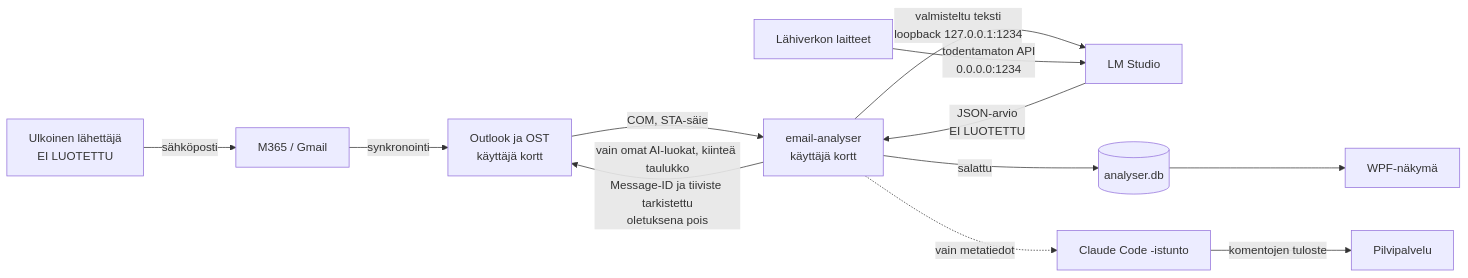
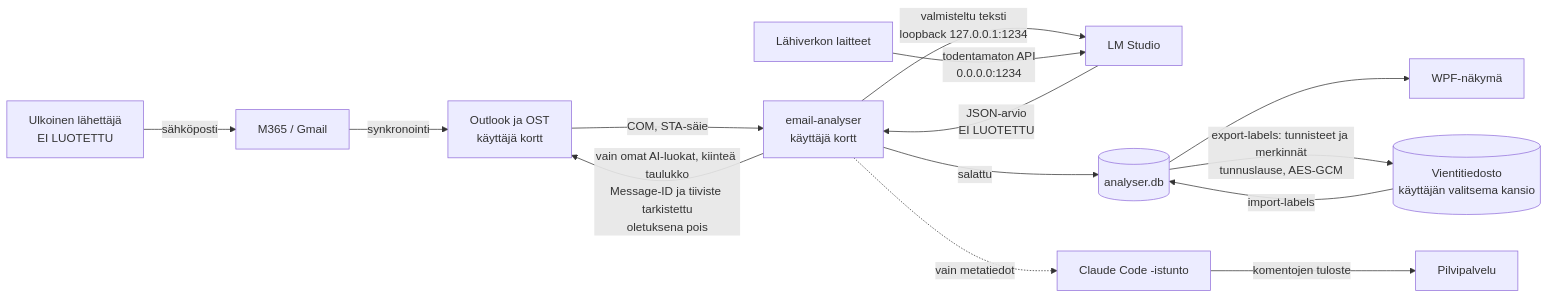
One commit to Browleri/email-analyser changed the diagram in docs/tietoturva-arvio.md. Above: the diagram before and after it, drawn with Mermaid. The commit also changed other lines of this file and 7 other files, not shown here.

````diff
--- a/docs/tietoturva-arvio.md
+++ b/docs/tietoturva-arvio.md
@@ -40,14 +41,16 @@
 ```mermaid
 flowchart LR
     S[Ulkoinen lähettäjä<br/>EI LUOTETTU] -->|sähköposti| X[M365 / Gmail]
     X -->|synkronointi| O[Outlook ja OST<br/>käyttäjä kortt]
     O -->|COM, STA-säie| A[email-analyser<br/>käyttäjä kortt]
     A -->|valmisteltu teksti<br/>loopback 127.0.0.1:1234| L[LM Studio]
     L -->|JSON-arvio<br/>EI LUOTETTU| A
     A -->|salattu| D[(analyser.db)]
     D --> U[WPF-näkymä]
+    D -->|export-labels: tunnisteet ja merkinnät<br/>tunnuslause, AES-GCM| E[(Vientitiedosto<br/>käyttäjän valitsema kansio)]
+    E -->|import-labels| D
     A -->|vain omat AI-luokat, kiinteä taulukko<br/>Message-ID ja tiiviste tarkistettu<br/>oletuksena pois| O
     LAN[Lähiverkon laitteet] -->|todentamaton API<br/>0.0.0.0:1234| L
     C[Claude Code -istunto] -->|komentojen tuloste| CL[Pilvipalvelu]
     A -. vain metatiedot .-> C
 ```
````
